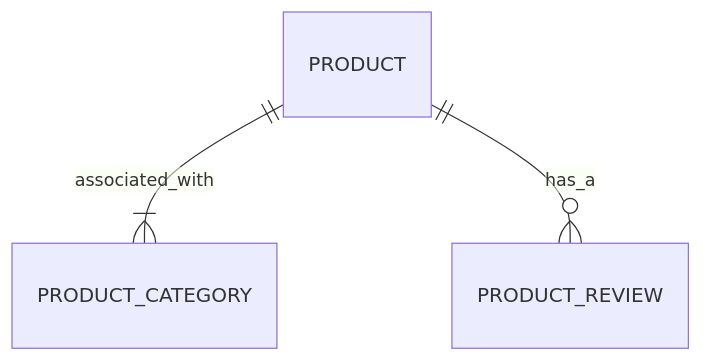
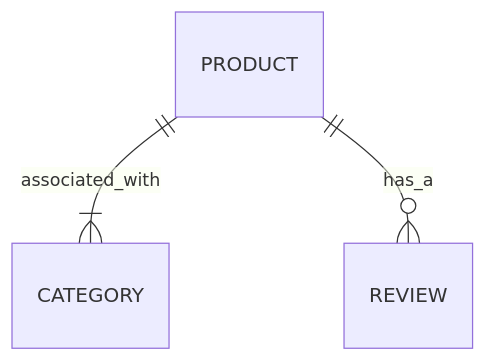
Before and after one commit to ikenna/AcmePetSupplies: the fourth of 5 diagrams in discovery.md, drawn with Mermaid. The commit also changed other lines of this file, not shown here.

````diff
--- a/discovery.md
+++ b/discovery.md
@@ -89,5 +89,5 @@
 ```mermaid
 erDiagram
-    PRODUCT ||--|{ PRODUCT_CATEGORY : associated_with
-    PRODUCT ||--o{ PRODUCT_REVIEW : has_a
+    PRODUCT ||--|{ CATEGORY : associated_with
+    PRODUCT ||--o{ REVIEW : has_a
 ```
````
